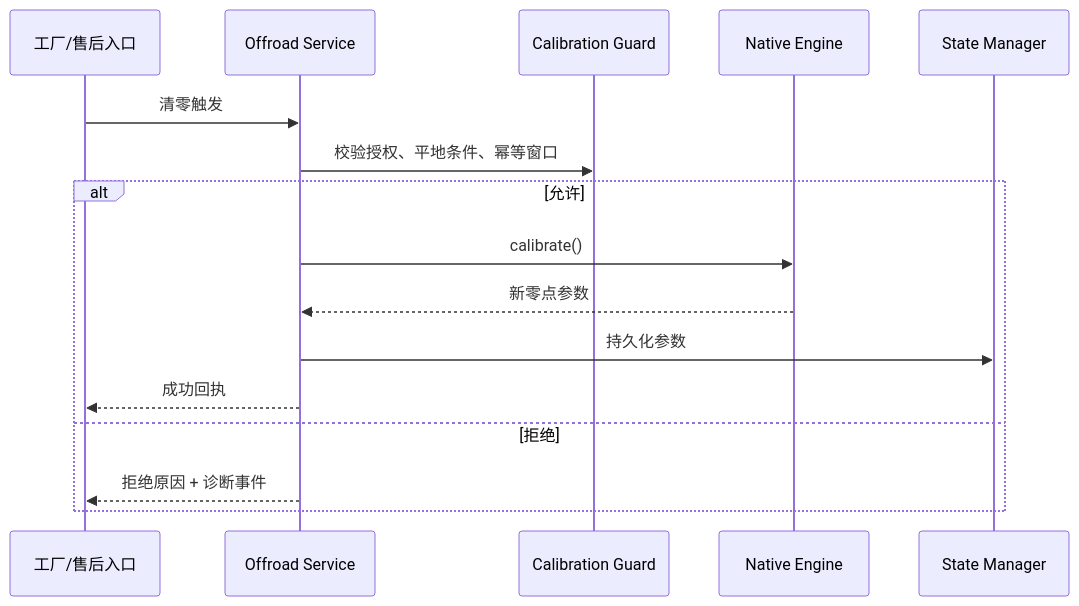
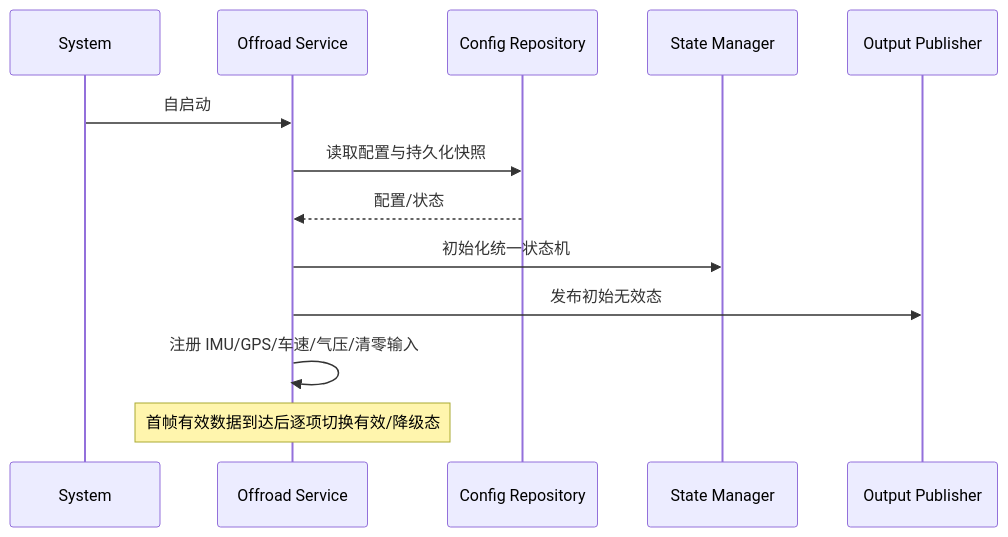
Before and after one commit to ailearneryang/harnesse2e: the seventh of 7 diagrams in design/architecture.md, drawn with Mermaid. The commit also changed other lines of this file and 19 other files, not shown here.

````diff
--- a/design/architecture.md
+++ b/design/architecture.md
@@ -280,19 +400,15 @@
 ```mermaid
 sequenceDiagram
-    participant Tool as 工厂/售后入口
+    participant Sys as System
     participant Svc as Offroad Service
-    participant Guard as Calibration Guard
-    participant Engine as Native Engine
+    participant Repo as Config Repository
     participant State as State Manager
-
-    Tool->>Svc: 清零触发
-    Svc->>Guard: 校验授权、平地条件、幂等窗口
-    alt 允许
-        Svc->>Engine: calibrate()
-        Engine-->>Svc: 新零点参数
-        Svc->>State: 持久化参数
-        Svc-->>Tool: 成功回执
-    else 拒绝
-        Svc-->>Tool: 拒绝原因 + 诊断事件
-    end
+    participant Pub as Output Publisher
+    Sys->>Svc: 自启动
+    Svc->>Repo: 读取配置与持久化快照
+    Repo-->>Svc: 配置/状态
+    Svc->>State: 初始化统一状态机
+    Svc->>Pub: 发布初始无效态
+    Svc->>Svc: 注册 IMU/GPS/车速/气压/清零输入
+    Note over Svc: 首帧有效数据到达后逐项切换有效/降级态
 ```
````
